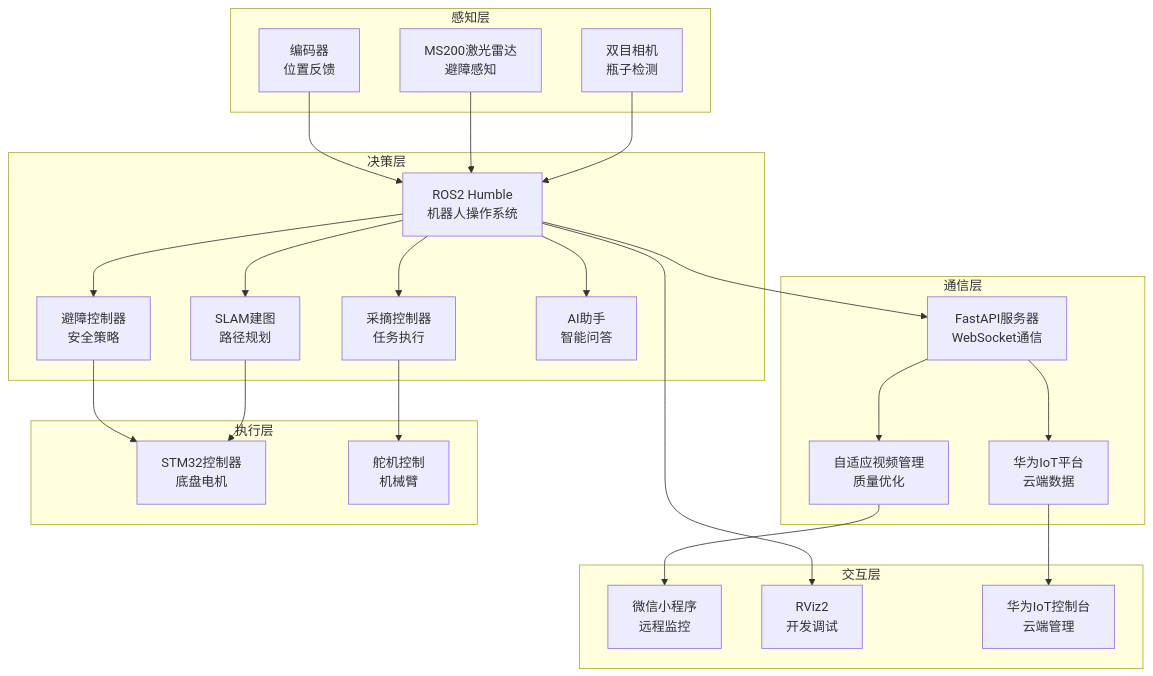
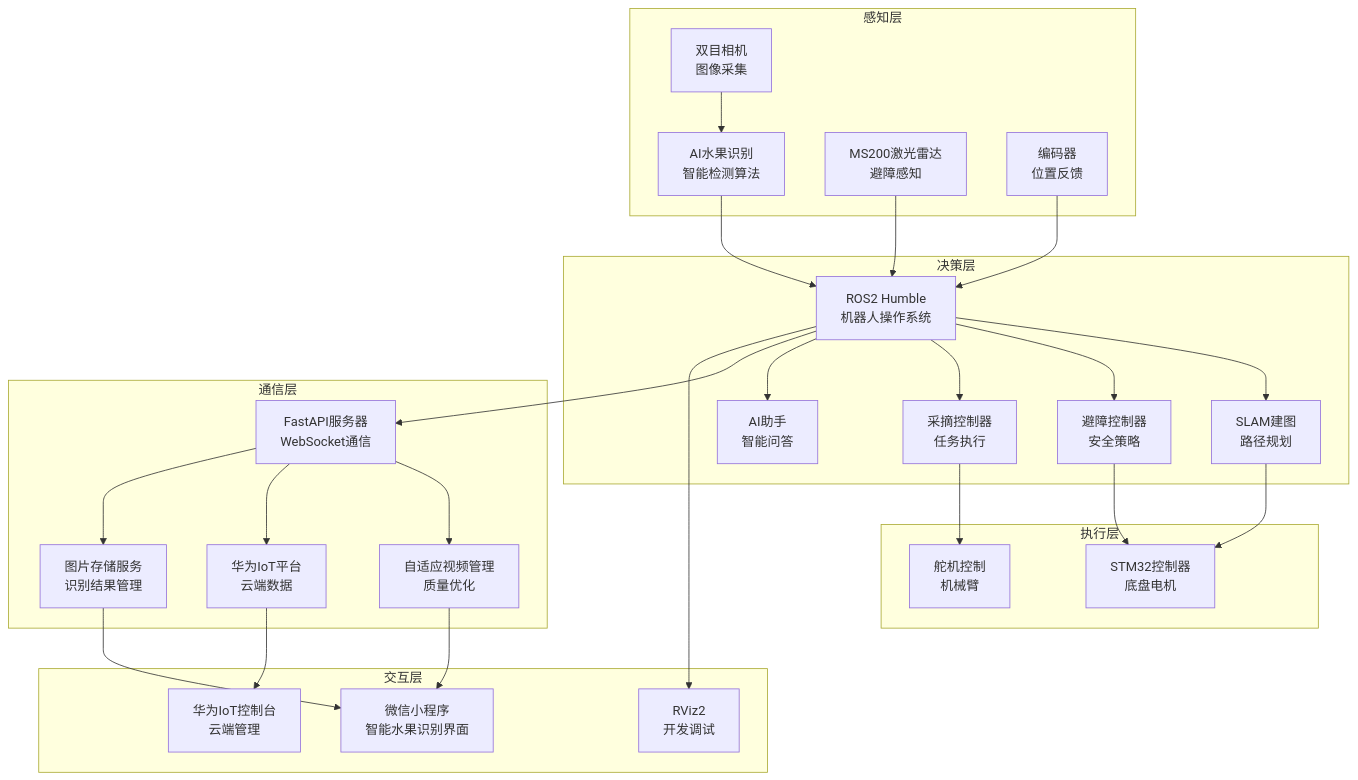
One commit to catlitter111/Harvesting-Robot changed the diagram in readme.md. Above: the diagram before and after it, drawn with Mermaid. The commit also changed other lines of this file and 6 other files, not shown here.

Commit message:
更新WebSocket桥接节点，新增图片处理逻辑，支持base64编码图片的保存和URL生成，优化检测结果的输出，增强用户体验。

````diff
--- a/readme.md
+++ b/readme.md
@@ -23,50 +26,55 @@
 ```mermaid
 graph TB
     subgraph "感知层"
-        A[双目相机<br/>瓶子检测] 
-        B[MS200激光雷达<br/>避障感知]
-        C[编码器<br/>位置反馈]
+        A[AI水果识别<br/>智能检测算法] 
+        B[双目相机<br/>图像采集]
+        C[MS200激光雷达<br/>避障感知]
+        D[编码器<br/>位置反馈]
     end
     
     subgraph "决策层"
-        D[ROS2 Humble<br/>机器人操作系统]
-        E[SLAM建图<br/>路径规划]
-        F[避障控制器<br/>安全策略]
-        G[采摘控制器<br/>任务执行]
-        H[AI助手<br/>智能问答]
+        E[ROS2 Humble<br/>机器人操作系统]
+        F[SLAM建图<br/>路径规划]
+        G[避障控制器<br/>安全策略]
+        H[采摘控制器<br/>任务执行]
+        I[AI助手<br/>智能问答]
     end
     
     subgraph "通信层"
-        I[FastAPI服务器<br/>WebSocket通信]
-        J[自适应视频管理<br/>质量优化]
-        K[华为IoT平台<br/>云端数据]
+        J[FastAPI服务器<br/>WebSocket通信]
+        K[自适应视频管理<br/>质量优化]
+        L[华为IoT平台<br/>云端数据]
+        M[图片存储服务<br/>识别结果管理]
     end
     
     subgraph "执行层"
-        L[STM32控制器<br/>底盘电机]
-        M[舵机控制<br/>机械臂]
+        N[STM32控制器<br/>底盘电机]
+        O[舵机控制<br/>机械臂]
     end
     
     subgraph "交互层"
-        N[微信小程序<br/>远程监控]
-        O[RViz2<br/>开发调试]
-        P[华为IoT控制台<br/>云端管理]
+        P[微信小程序<br/>智能水果识别界面]
+        Q[RViz2<br/>开发调试]
+        R[华为IoT控制台<br/>云端管理]
     end
     
-    A --> D
-    B --> D
-    C --> D
+    A --> E
+    B --> A
+    C --> E
     D --> E
-    D --> F
-    D --> G
-    D --> H
-    D --> I
-    E --> L
-    F --> L
-    G --> M
-    I --> J
-    I --> K
-    J --> N
+    E --> F
+    E --> G
+    E --> H
+    E --> I
+    E --> J
+    F --> N
+    G --> N
+    H --> O
+    J --> K
+    J --> L
+    J --> M
     K --> P
-    D --> O
+    L --> R
+    M --> P
+    E --> Q
 ```
````
